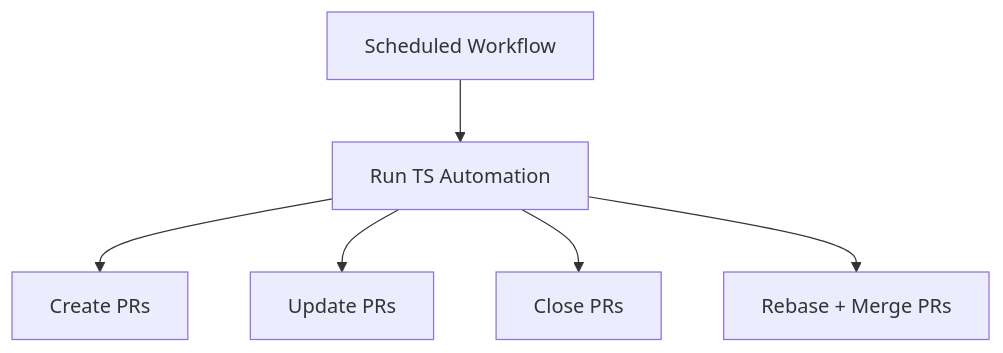
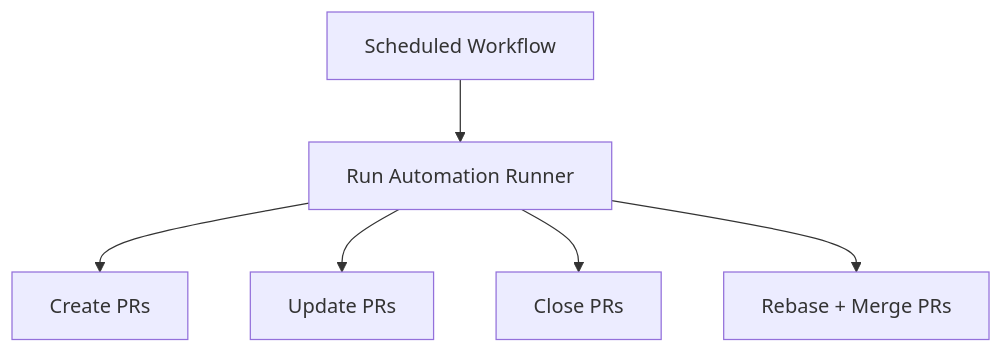
Before and after one commit to dxta-dev/pr-commit-generator: the diagram in lode/summary.md, drawn with Mermaid. The commit also changed other lines of this file and 7 other files, not shown here.

````diff
--- a/lode/summary.md
+++ b/lode/summary.md
@@ -11,8 +9,8 @@
 ```mermaid
 flowchart TD
-  A[Scheduled Workflow] --> B[Run TS Automation]
+  A[Scheduled Workflow] --> B[Run Automation Runner]
   B --> C[Create PRs]
   B --> D[Update PRs]
   B --> E[Close PRs]
   B --> F[Rebase + Merge PRs]
 ```
````
